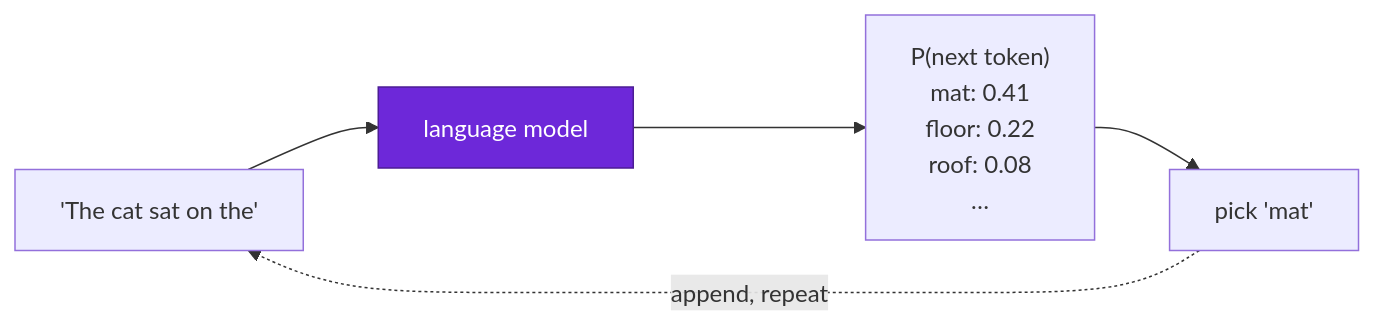
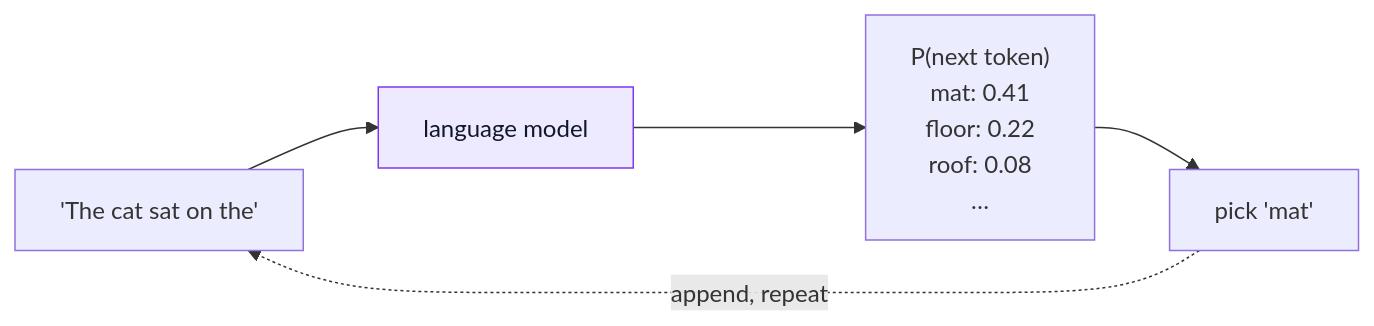
One commit to youyun8/deep-kernel-handbook changed the first of 10 diagrams in docs/foundations/transformer-from-scratch.md. Above: the diagram before and after it, drawn with Mermaid. The commit also changed other lines of this file and 10 other files, not shown here.

Commit message:
docs: fix diagram contrast and home title

````diff
--- a/docs/foundations/transformer-from-scratch.md
+++ b/docs/foundations/transformer-from-scratch.md
@@ -28,9 +28,9 @@
 ```mermaid
 flowchart LR
     T["'The cat sat on the'"] --> M["language model"]
     M --> P["P(next token)<br/>mat: 0.41<br/>floor: 0.22<br/>roof: 0.08<br/>…"]
     P --> N["pick 'mat'"]
     N -.->|"append, repeat"| T
     class M accViolet;
-    classDef accViolet fill:#6d28d9,stroke:#4c1d95,color:#fff;
+    classDef accViolet fill:#ede9fe,stroke:#7c3aed,color:#111827;
 ```
````
